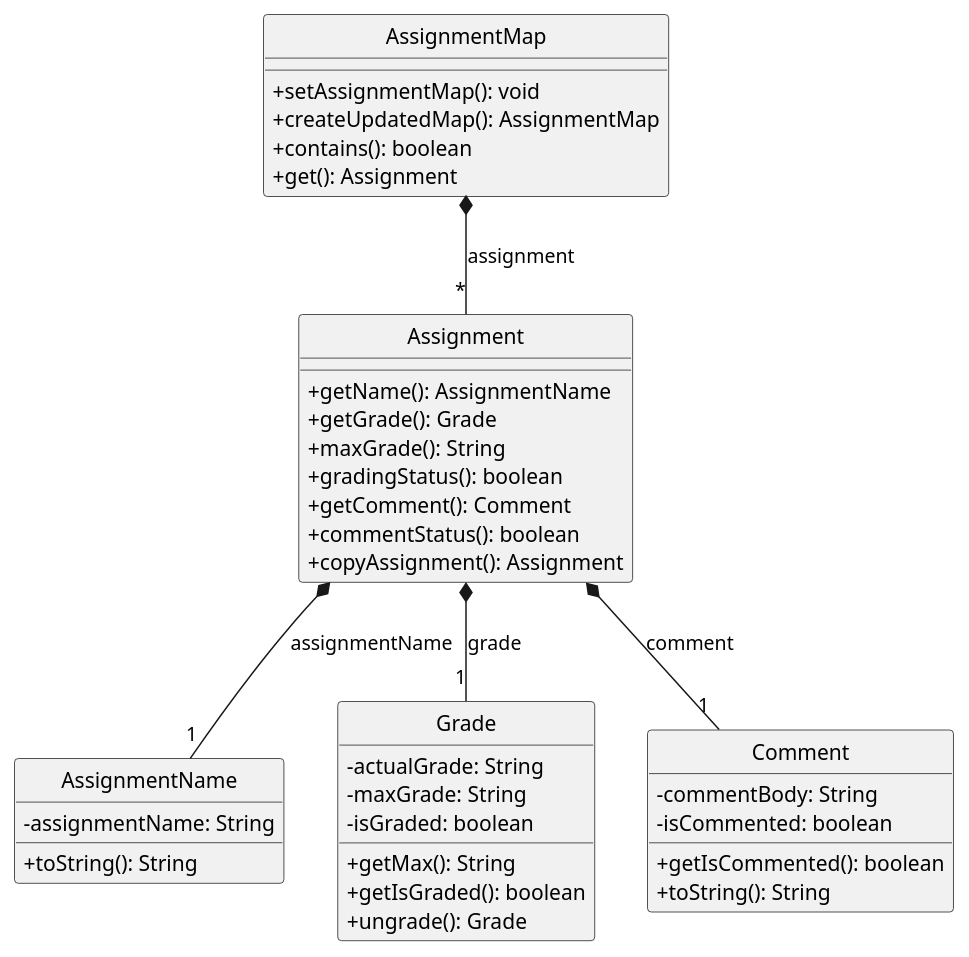
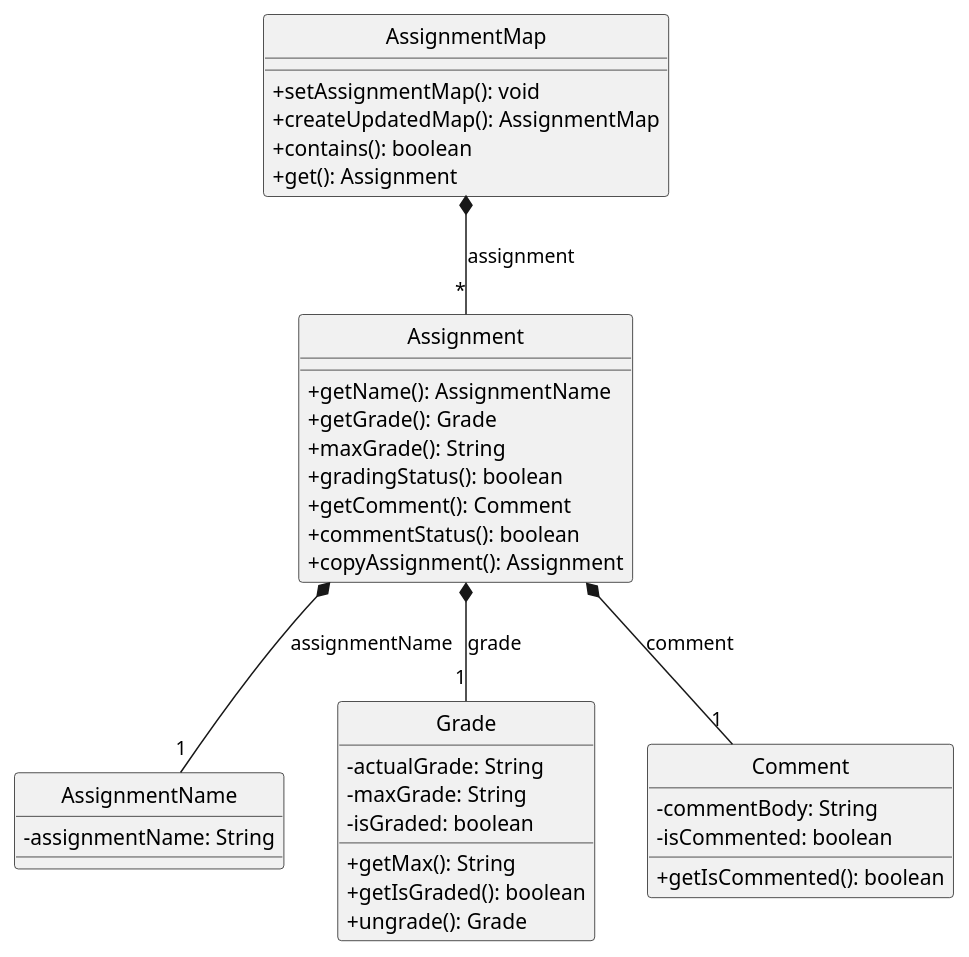
Before and after one commit to raydenlim/tp: the diagram in docs/diagrams/AssignmentClass.puml, drawn with PlantUML. The commit also changed 1 other file, not shown here.

Commit message:
Update UML diagram

```diff
--- a/docs/diagrams/AssignmentClass.puml
+++ b/docs/diagrams/AssignmentClass.puml
@@ -1,47 +1,45 @@
 @startuml
 hide circle
 skinparam classAttributeIconSize 0
 
 class AssignmentMap {
 +setAssignmentMap(): void
 +createUpdatedMap(): AssignmentMap
 +contains(): boolean
 +get(): Assignment
 }
 
 class Assignment {
 +getName(): AssignmentName
 +getGrade(): Grade
 +maxGrade(): String
 +gradingStatus(): boolean
 +getComment(): Comment
 +commentStatus(): boolean
 +copyAssignment(): Assignment
 }
 
 class AssignmentName {
 -assignmentName: String
-+toString(): String
 }
 
 class Grade {
 -actualGrade: String
 -maxGrade: String
 -isGraded: boolean
 +getMax(): String
 +getIsGraded(): boolean
 +ungrade(): Grade
 }
 
 class Comment {
 -commentBody: String
 -isCommented: boolean
 +getIsCommented(): boolean
-+toString(): String
 }
 
 AssignmentMap *-- "*" Assignment: assignment
 Assignment *-- "1" AssignmentName: assignmentName
 Assignment *-- "1" Grade: grade
 Assignment *-- "1" Comment: comment
 @enduml
```
